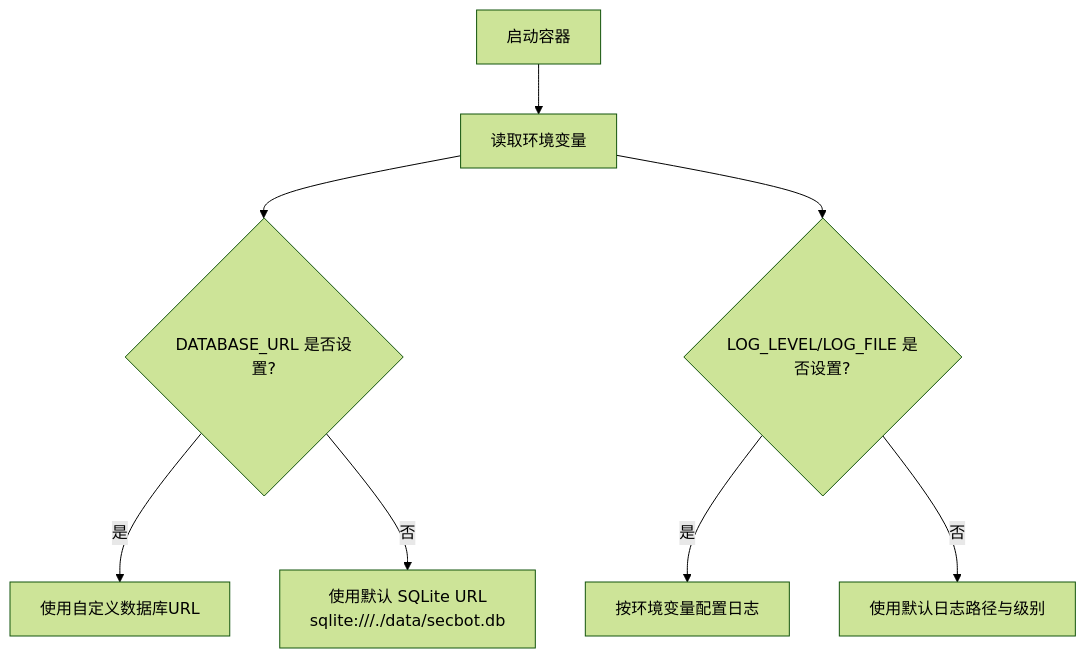
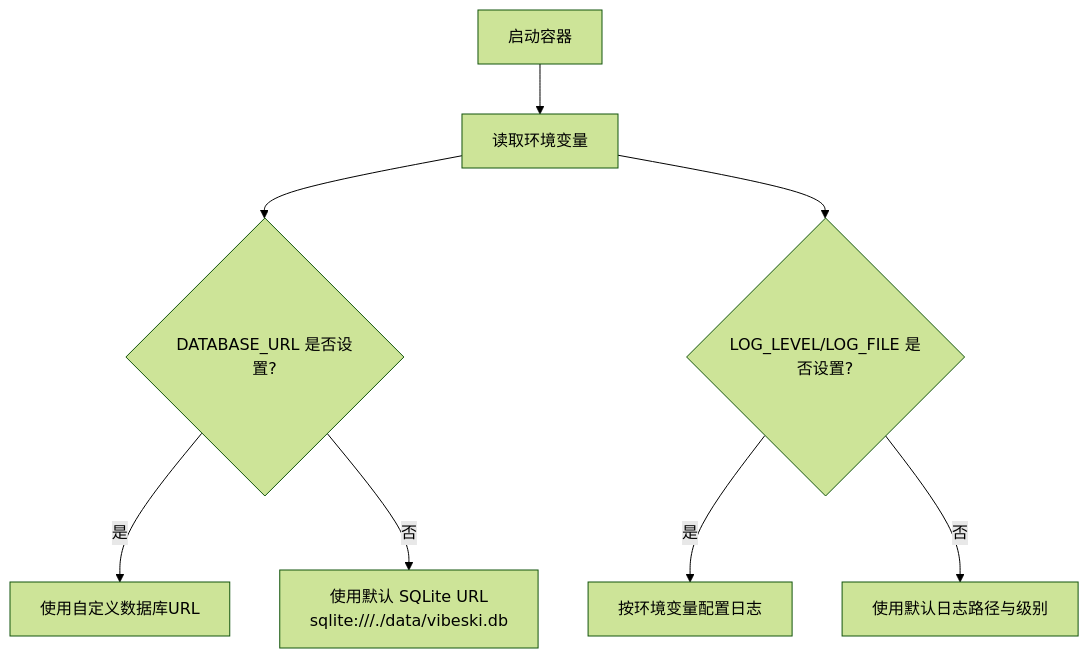
One commit to crabin/VIBESKI changed the fourth of 7 diagrams in .qoder/repowiki/zh/content/部署与运维/Docker容器化部署.md. Above: the diagram before and after it, drawn with Mermaid (forest theme). The commit also changed other lines of this file and 170 other files, not shown here.

Commit message:
chore: rename all secbot/hackbot identifiers to vibeski

````diff
--- a/.qoder/repowiki/zh/content/部署与运维/Docker容器化部署.md
+++ b/.qoder/repowiki/zh/content/部署与运维/Docker容器化部署.md
@@ -159,10 +159,10 @@
 ```mermaid
 flowchart TD
 A["启动容器"] --> B["读取环境变量"]
 B --> C{"DATABASE_URL 是否设置?"}
 C --> |是| D["使用自定义数据库URL"]
-C --> |否| E["使用默认 SQLite URL<br/>sqlite:///./data/secbot.db"]
+C --> |否| E["使用默认 SQLite URL<br/>sqlite:///./data/vibeski.db"]
 B --> F{"LOG_LEVEL/LOG_FILE 是否设置?"}
 F --> |是| G["按环境变量配置日志"]
 F --> |否| H["使用默认日志路径与级别"]
 ```
````
